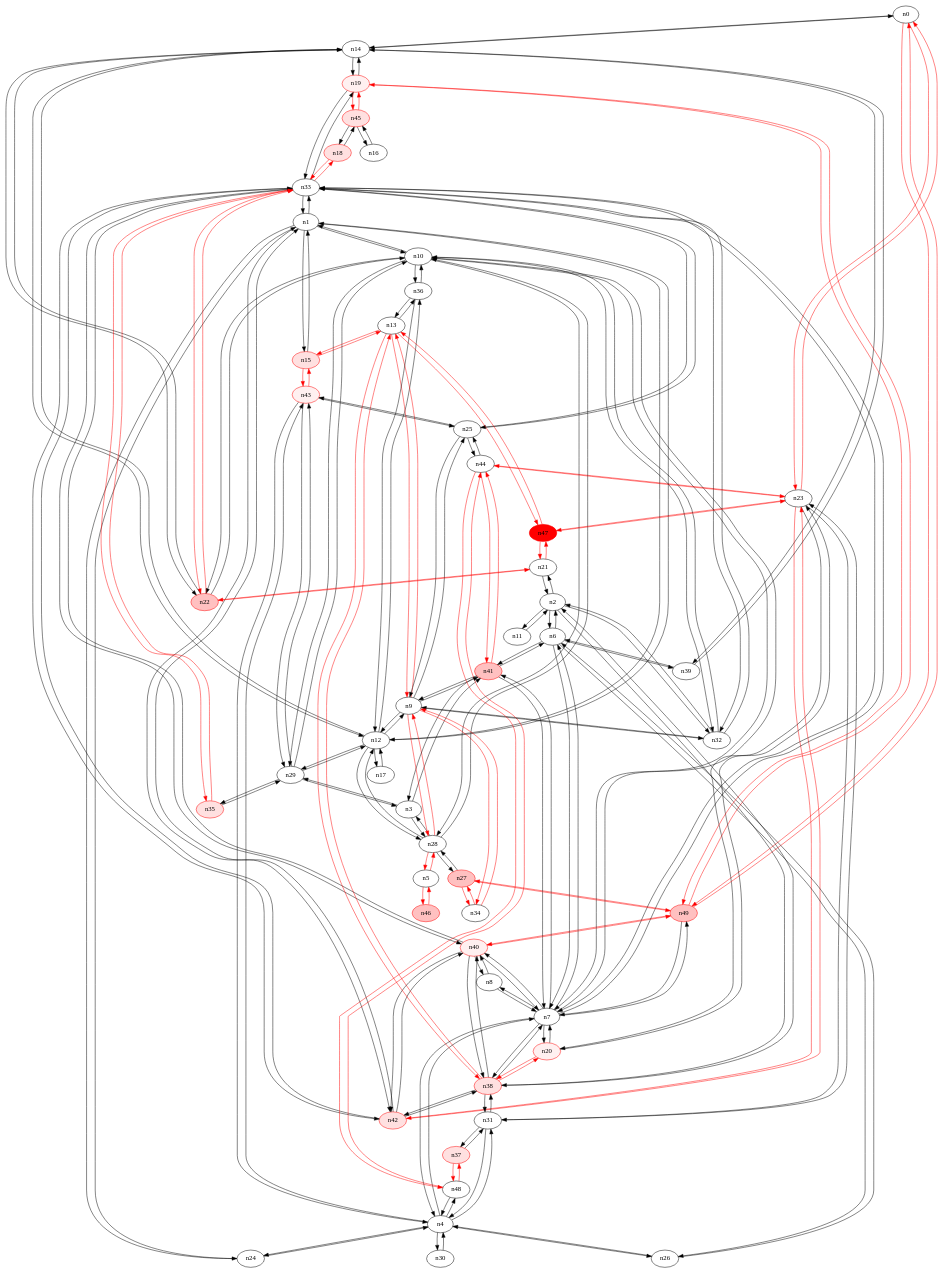
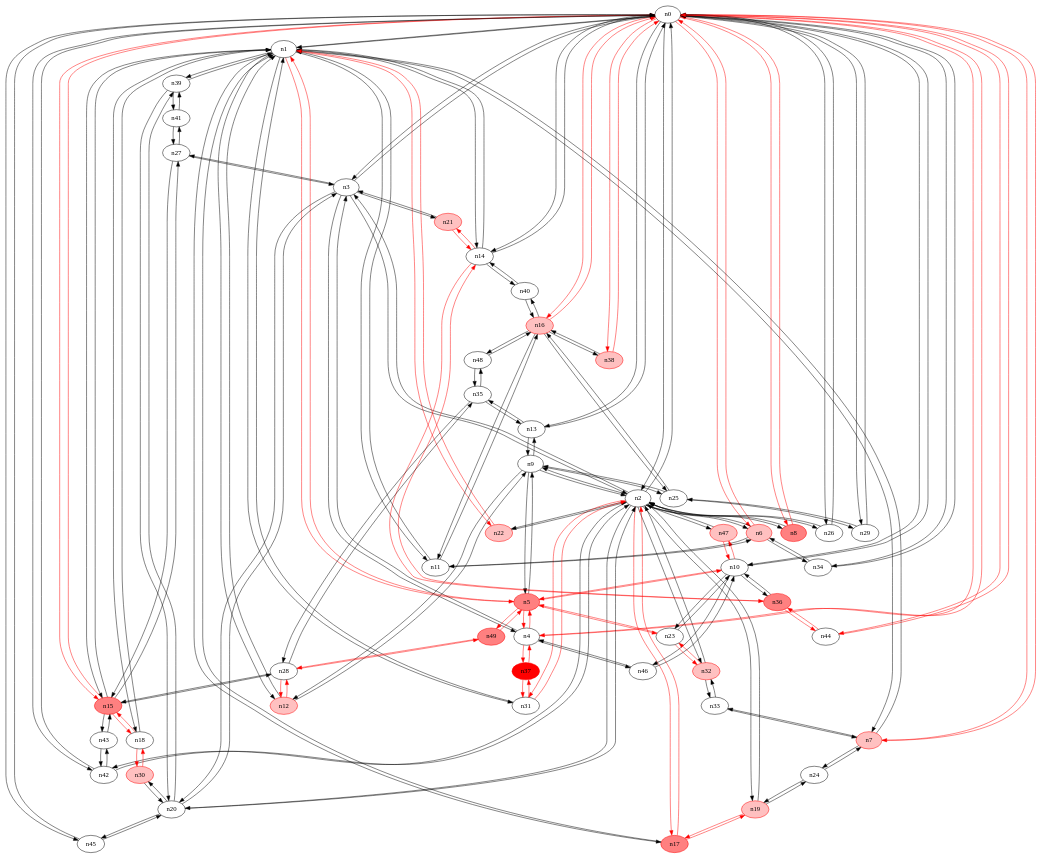
The diagram in 50_22/0-rrt1.dot (ireallyhopeirememberthis/yates_rrt), drawn with Graphviz before and after one commit. The commit also changed 7464 other files, not shown here.

```diff
--- a/50_22/0-rrt1.dot
+++ b/50_22/0-rrt1.dot
@@ -1,252 +1,244 @@
 strict digraph {
 n0 [type=switch];
+n1 [type=switch];
+n2 [type=switch];
+n3 [type=switch];
+n4 [type=switch];
+n6 [type=host, color="#FF0000", style=filled, fillcolor="#FFC0C0"];
+n7 [type=host, color="#FF0000", style=filled, fillcolor="#FFC0C0"];
+n8 [type=switch, color="#FF0000", style=filled, fillcolor="#FF8080"];
+n10 [type=switch];
+n13 [type=switch];
 n14 [type=switch];
+n15 [type=switch, color="#FF0000", style=filled, fillcolor="#FF8080"];
+n16 [type=host, color="#FF0000", style=filled, fillcolor="#FFC0C0"];
+n26 [type=switch];
+n29 [type=switch];
+n34 [type=switch];
+n38 [type=host, color="#FF0000", style=filled, fillcolor="#FFC0C0"];
+n42 [type=switch];
+n44 [type=switch];
+n45 [type=switch];
+n5 [type=switch, color="#FF0000", style=filled, fillcolor="#FF8080"];
+n11 [type=switch];
+n12 [type=host, color="#FF0000", style=filled, fillcolor="#FFC0C0"];
+n17 [type=switch, color="#FF0000", style=filled, fillcolor="#FF8080"];
+n18 [type=switch];
+n22 [type=host, color="#FF0000", style=filled, fillcolor="#FFC0C0"];
+n31 [type=switch];
+n39 [type=switch];
+n9 [type=switch];
+n19 [type=host, color="#FF0000", style=filled, fillcolor="#FFC0C0"];
+n20 [type=switch];
+n32 [type=host, color="#FF0000", style=filled, fillcolor="#FFC0C0"];
+n47 [type=host, color="#FF0000", style=filled, fillcolor="#FFC0C0"];
+n21 [type=host, color="#FF0000", style=filled, fillcolor="#FFC0C0"];
+n27 [type=switch];
+n37 [type=switch, color="#FF0000", style=filled, fillcolor="#FF0000"];
+n46 [type=switch];
 n23 [type=switch];
-n49 [type=switch, color="#FF0000", style=filled, fillcolor="#FFC0C0"];
-n1 [type=switch];
-n10 [type=switch];
-n12 [type=switch];
-n15 [type=switch, color="#FF0000", style=filled, fillcolor="#FFE0E0"];
+n49 [type=switch, color="#FF0000", style=filled, fillcolor="#FF8080"];
 n24 [type=switch];
 n33 [type=switch];
-n42 [type=host, color="#FF0000", style=filled, fillcolor="#FFE0E0"];
-n2 [type=switch];
-n6 [type=switch];
-n11 [type=switch];
-n21 [type=switch];
-n32 [type=switch];
-n38 [type=switch, color="#FF0000", style=filled, fillcolor="#FFE0E0"];
-n3 [type=switch];
+n25 [type=switch];
+n36 [type=switch, color="#FF0000", style=filled, fillcolor="#FF8080"];
 n28 [type=switch];
-n29 [type=switch];
-n41 [type=switch, color="#FF0000", style=filled, fillcolor="#FFC0C0"];
-n4 [type=switch];
-n7 [type=switch];
-n26 [type=switch];
-n30 [type=switch];
-n31 [type=switch];
-n43 [type=host, color="#FF0000", style=filled, fillcolor="#FFF0F0"];
+n35 [type=switch];
+n40 [type=switch];
+n43 [type=switch];
 n48 [type=switch];
-n5 [type=switch];
-n46 [type=host, color="#FF0000", style=filled, fillcolor="#FFC0C0"];
-n39 [type=switch];
-n8 [type=switch];
-n20 [type=host, color="#FF0000", style=filled, fillcolor="#FFF0F0"];
-n40 [type=host, color="#FF0000", style=filled, fillcolor="#FFF0F0"];
-n9 [type=switch];
-n13 [type=switch];
-n25 [type=switch];
-n34 [type=switch];
-n22 [type=switch, color="#FF0000", style=filled, fillcolor="#FFC0C0"];
-n36 [type=switch];
-n17 [type=switch];
-n47 [type=host, color="#FF0000", style=filled, fillcolor="#FF0000"];
-n19 [type=host, color="#FF0000", style=filled, fillcolor="#FFF0F0"];
-n16 [type=switch];
-n45 [type=host, color="#FF0000", style=filled, fillcolor="#FFE0E0"];
-n18 [type=host, color="#FF0000", style=filled, fillcolor="#FFE0E0"];
-n44 [type=switch];
-n27 [type=switch, color="#FF0000", style=filled, fillcolor="#FFC0C0"];
-n35 [type=host, color="#FF0000", style=filled, fillcolor="#FFE0E0"];
-n37 [type=host, color="#FF0000", style=filled, fillcolor="#FFE0E0"];
+n30 [type=host, color="#FF0000", style=filled, fillcolor="#FFC0C0"];
+n41 [type=switch];
+n0 -> n1 [src_port=0, dst_port=0];
+n0 -> n2 [src_port=0, dst_port=0];
+n0 -> n3 [src_port=0, dst_port=0];
+n0 -> n4 [src_port=0, dst_port=0, color="#FF0000"];
+n0 -> n6 [src_port=0, dst_port=0, color="#FF0000"];
+n0 -> n7 [src_port=0, dst_port=0, color="#FF0000"];
+n0 -> n8 [src_port=0, dst_port=0, color="#FF0000"];
+n0 -> n10 [src_port=0, dst_port=0];
+n0 -> n13 [src_port=0, dst_port=0];
 n0 -> n14 [src_port=0, dst_port=0];
-n0 -> n23 [src_port=0, dst_port=0, color="#FF0000"];
-n0 -> n49 [src_port=0, dst_port=0, color="#FF0000"];
+n0 -> n15 [src_port=0, dst_port=0, color="#FF0000"];
+n0 -> n16 [src_port=0, dst_port=0, color="#FF0000"];
+n0 -> n26 [src_port=0, dst_port=0];
+n0 -> n29 [src_port=0, dst_port=0];
+n0 -> n34 [src_port=0, dst_port=0];
+n0 -> n38 [src_port=0, dst_port=0, color="#FF0000"];
+n0 -> n42 [src_port=0, dst_port=0];
+n0 -> n44 [src_port=0, dst_port=0, color="#FF0000"];
+n0 -> n45 [src_port=0, dst_port=0];
+n1 -> n0 [src_port=0, dst_port=0];
+n1 -> n7 [src_port=0, dst_port=0];
+n1 -> n14 [src_port=0, dst_port=0];
+n1 -> n15 [src_port=0, dst_port=0];
+n1 -> n5 [src_port=0, dst_port=0, color="#FF0000"];
+n1 -> n11 [src_port=0, dst_port=0];
+n1 -> n12 [src_port=0, dst_port=0];
+n1 -> n17 [src_port=0, dst_port=0];
+n1 -> n18 [src_port=0, dst_port=0];
+n1 -> n22 [src_port=0, dst_port=0, color="#FF0000"];
+n1 -> n31 [src_port=0, dst_port=0];
+n1 -> n39 [src_port=0, dst_port=0];
+n2 -> n0 [src_port=0, dst_port=0];
+n2 -> n3 [src_port=0, dst_port=0];
+n2 -> n6 [src_port=0, dst_port=0];
+n2 -> n8 [src_port=0, dst_port=0];
+n2 -> n26 [src_port=0, dst_port=0];
+n2 -> n42 [src_port=0, dst_port=0];
+n2 -> n17 [src_port=0, dst_port=0, color="#FF0000"];
+n2 -> n22 [src_port=0, dst_port=0];
+n2 -> n31 [src_port=0, dst_port=0, color="#FF0000"];
+n2 -> n9 [src_port=0, dst_port=0];
+n2 -> n19 [src_port=0, dst_port=0];
+n2 -> n20 [src_port=0, dst_port=0];
+n2 -> n32 [src_port=0, dst_port=0];
+n2 -> n47 [src_port=0, dst_port=0];
+n3 -> n0 [src_port=0, dst_port=0];
+n3 -> n2 [src_port=0, dst_port=0];
+n3 -> n4 [src_port=0, dst_port=0];
+n3 -> n20 [src_port=0, dst_port=0];
+n3 -> n21 [src_port=0, dst_port=0];
+n3 -> n27 [src_port=0, dst_port=0];
+n4 -> n0 [src_port=0, dst_port=0, color="#FF0000"];
+n4 -> n3 [src_port=0, dst_port=0];
+n4 -> n5 [src_port=0, dst_port=0, color="#FF0000"];
+n4 -> n37 [src_port=0, dst_port=0, color="#FF0000"];
+n4 -> n46 [src_port=0, dst_port=0];
+n6 -> n0 [src_port=0, dst_port=0, color="#FF0000"];
+n6 -> n2 [src_port=0, dst_port=0];
+n6 -> n34 [src_port=0, dst_port=0];
+n6 -> n11 [src_port=0, dst_port=0];
+n7 -> n0 [src_port=0, dst_port=0, color="#FF0000"];
+n7 -> n1 [src_port=0, dst_port=0];
+n7 -> n24 [src_port=0, dst_port=0];
+n7 -> n33 [src_port=0, dst_port=0];
+n8 -> n0 [src_port=0, dst_port=0, color="#FF0000"];
+n8 -> n2 [src_port=0, dst_port=0];
+n10 -> n0 [src_port=0, dst_port=0];
+n10 -> n5 [src_port=0, dst_port=0, color="#FF0000"];
+n10 -> n47 [src_port=0, dst_port=0, color="#FF0000"];
+n10 -> n46 [src_port=0, dst_port=0];
+n10 -> n23 [src_port=0, dst_port=0];
+n10 -> n36 [src_port=0, dst_port=0];
+n13 -> n0 [src_port=0, dst_port=0];
+n13 -> n9 [src_port=0, dst_port=0];
+n13 -> n35 [src_port=0, dst_port=0];
 n14 -> n0 [src_port=0, dst_port=0];
-n14 -> n12 [src_port=0, dst_port=0];
-n14 -> n39 [src_port=0, dst_port=0];
-n14 -> n22 [src_port=0, dst_port=0];
-n14 -> n19 [src_port=0, dst_port=0];
-n23 -> n0 [src_port=0, dst_port=0, color="#FF0000"];
-n23 -> n42 [src_port=0, dst_port=0, color="#FF0000"];
-n23 -> n31 [src_port=0, dst_port=0];
-n23 -> n20 [src_port=0, dst_port=0];
-n23 -> n47 [src_port=0, dst_port=0, color="#FF0000"];
-n23 -> n44 [src_port=0, dst_port=0, color="#FF0000"];
-n49 -> n0 [src_port=0, dst_port=0, color="#FF0000"];
-n49 -> n7 [src_port=0, dst_port=0];
-n49 -> n40 [src_port=0, dst_port=0, color="#FF0000"];
-n49 -> n19 [src_port=0, dst_port=0, color="#FF0000"];
-n49 -> n27 [src_port=0, dst_port=0, color="#FF0000"];
-n1 -> n10 [src_port=0, dst_port=0];
-n1 -> n12 [src_port=0, dst_port=0];
-n1 -> n15 [src_port=0, dst_port=0];
-n1 -> n24 [src_port=0, dst_port=0];
-n1 -> n33 [src_port=0, dst_port=0];
-n1 -> n42 [src_port=0, dst_port=0];
-n10 -> n1 [src_port=0, dst_port=0];
-n10 -> n32 [src_port=0, dst_port=0];
-n10 -> n28 [src_port=0, dst_port=0];
-n10 -> n29 [src_port=0, dst_port=0];
-n10 -> n7 [src_port=0, dst_port=0];
-n10 -> n22 [src_port=0, dst_port=0];
-n10 -> n36 [src_port=0, dst_port=0];
-n12 -> n14 [src_port=0, dst_port=0];
+n14 -> n1 [src_port=0, dst_port=0];
+n14 -> n21 [src_port=0, dst_port=0, color="#FF0000"];
+n14 -> n36 [src_port=0, dst_port=0, color="#FF0000"];
+n14 -> n40 [src_port=0, dst_port=0];
+n15 -> n0 [src_port=0, dst_port=0, color="#FF0000"];
+n15 -> n1 [src_port=0, dst_port=0];
+n15 -> n18 [src_port=0, dst_port=0, color="#FF0000"];
+n15 -> n27 [src_port=0, dst_port=0];
+n15 -> n28 [src_port=0, dst_port=0];
+n15 -> n43 [src_port=0, dst_port=0];
+n16 -> n0 [src_port=0, dst_port=0, color="#FF0000"];
+n16 -> n38 [src_port=0, dst_port=0];
+n16 -> n11 [src_port=0, dst_port=0];
+n16 -> n25 [src_port=0, dst_port=0];
+n16 -> n40 [src_port=0, dst_port=0];
+n16 -> n48 [src_port=0, dst_port=0];
+n26 -> n0 [src_port=0, dst_port=0];
+n26 -> n2 [src_port=0, dst_port=0];
+n29 -> n0 [src_port=0, dst_port=0];
+n29 -> n25 [src_port=0, dst_port=0];
+n34 -> n0 [src_port=0, dst_port=0];
+n34 -> n6 [src_port=0, dst_port=0];
+n38 -> n0 [src_port=0, dst_port=0, color="#FF0000"];
+n38 -> n16 [src_port=0, dst_port=0];
+n42 -> n0 [src_port=0, dst_port=0];
+n42 -> n2 [src_port=0, dst_port=0];
+n42 -> n43 [src_port=0, dst_port=0];
+n44 -> n0 [src_port=0, dst_port=0, color="#FF0000"];
+n44 -> n36 [src_port=0, dst_port=0, color="#FF0000"];
+n45 -> n0 [src_port=0, dst_port=0];
+n45 -> n20 [src_port=0, dst_port=0];
+n5 -> n1 [src_port=0, dst_port=0, color="#FF0000"];
+n5 -> n4 [src_port=0, dst_port=0, color="#FF0000"];
+n5 -> n10 [src_port=0, dst_port=0, color="#FF0000"];
+n5 -> n9 [src_port=0, dst_port=0];
+n5 -> n23 [src_port=0, dst_port=0, color="#FF0000"];
+n5 -> n49 [src_port=0, dst_port=0, color="#FF0000"];
+n11 -> n1 [src_port=0, dst_port=0];
+n11 -> n6 [src_port=0, dst_port=0];
+n11 -> n16 [src_port=0, dst_port=0];
 n12 -> n1 [src_port=0, dst_port=0];
-n12 -> n28 [src_port=0, dst_port=0];
-n12 -> n29 [src_port=0, dst_port=0];
 n12 -> n9 [src_port=0, dst_port=0];
-n12 -> n36 [src_port=0, dst_port=0];
-n12 -> n17 [src_port=0, dst_port=0];
-n15 -> n1 [src_port=0, dst_port=0];
-n15 -> n43 [src_port=0, dst_port=0, color="#FF0000"];
-n15 -> n13 [src_port=0, dst_port=0, color="#FF0000"];
-n24 -> n1 [src_port=0, dst_port=0];
-n24 -> n4 [src_port=0, dst_port=0];
-n33 -> n1 [src_port=0, dst_port=0];
-n33 -> n42 [src_port=0, dst_port=0];
+n12 -> n28 [src_port=0, dst_port=0, color="#FF0000"];
+n17 -> n1 [src_port=0, dst_port=0];
+n17 -> n2 [src_port=0, dst_port=0, color="#FF0000"];
+n17 -> n19 [src_port=0, dst_port=0, color="#FF0000"];
+n18 -> n1 [src_port=0, dst_port=0];
+n18 -> n15 [src_port=0, dst_port=0, color="#FF0000"];
+n18 -> n30 [src_port=0, dst_port=0, color="#FF0000"];
+n22 -> n1 [src_port=0, dst_port=0, color="#FF0000"];
+n22 -> n2 [src_port=0, dst_port=0];
+n31 -> n1 [src_port=0, dst_port=0];
+n31 -> n2 [src_port=0, dst_port=0, color="#FF0000"];
+n31 -> n37 [src_port=0, dst_port=0, color="#FF0000"];
+n39 -> n1 [src_port=0, dst_port=0];
+n39 -> n20 [src_port=0, dst_port=0];
+n39 -> n41 [src_port=0, dst_port=0];
+n9 -> n2 [src_port=0, dst_port=0];
+n9 -> n13 [src_port=0, dst_port=0];
+n9 -> n5 [src_port=0, dst_port=0];
+n9 -> n12 [src_port=0, dst_port=0];
+n9 -> n25 [src_port=0, dst_port=0];
+n19 -> n2 [src_port=0, dst_port=0];
+n19 -> n17 [src_port=0, dst_port=0, color="#FF0000"];
+n19 -> n24 [src_port=0, dst_port=0];
+n20 -> n2 [src_port=0, dst_port=0];
+n20 -> n3 [src_port=0, dst_port=0];
+n20 -> n45 [src_port=0, dst_port=0];
+n20 -> n39 [src_port=0, dst_port=0];
+n20 -> n30 [src_port=0, dst_port=0];
+n32 -> n2 [src_port=0, dst_port=0];
+n32 -> n23 [src_port=0, dst_port=0, color="#FF0000"];
+n32 -> n33 [src_port=0, dst_port=0];
+n47 -> n2 [src_port=0, dst_port=0];
+n47 -> n10 [src_port=0, dst_port=0, color="#FF0000"];
+n21 -> n3 [src_port=0, dst_port=0];
+n21 -> n14 [src_port=0, dst_port=0, color="#FF0000"];
+n27 -> n3 [src_port=0, dst_port=0];
+n27 -> n15 [src_port=0, dst_port=0];
+n27 -> n41 [src_port=0, dst_port=0];
+n37 -> n4 [src_port=0, dst_port=0, color="#FF0000"];
+n37 -> n31 [src_port=0, dst_port=0, color="#FF0000"];
+n46 -> n4 [src_port=0, dst_port=0];
+n46 -> n10 [src_port=0, dst_port=0];
+n23 -> n10 [src_port=0, dst_port=0];
+n23 -> n5 [src_port=0, dst_port=0, color="#FF0000"];
+n23 -> n32 [src_port=0, dst_port=0, color="#FF0000"];
+n49 -> n5 [src_port=0, dst_port=0, color="#FF0000"];
+n49 -> n28 [src_port=0, dst_port=0, color="#FF0000"];
+n24 -> n7 [src_port=0, dst_port=0];
+n24 -> n19 [src_port=0, dst_port=0];
+n33 -> n7 [src_port=0, dst_port=0];
 n33 -> n32 [src_port=0, dst_port=0];
-n33 -> n7 [src_port=0, dst_port=0];
-n33 -> n40 [src_port=0, dst_port=0];
-n33 -> n25 [src_port=0, dst_port=0];
-n33 -> n22 [src_port=0, dst_port=0, color="#FF0000"];
-n33 -> n19 [src_port=0, dst_port=0];
-n33 -> n18 [src_port=0, dst_port=0, color="#FF0000"];
-n33 -> n35 [src_port=0, dst_port=0, color="#FF0000"];
-n42 -> n23 [src_port=0, dst_port=0, color="#FF0000"];
-n42 -> n1 [src_port=0, dst_port=0];
-n42 -> n33 [src_port=0, dst_port=0];
-n42 -> n38 [src_port=0, dst_port=0];
-n42 -> n40 [src_port=0, dst_port=0];
-n2 -> n6 [src_port=0, dst_port=0];
-n2 -> n11 [src_port=0, dst_port=0];
-n2 -> n21 [src_port=0, dst_port=0];
-n2 -> n32 [src_port=0, dst_port=0];
-n2 -> n38 [src_port=0, dst_port=0];
-n6 -> n2 [src_port=0, dst_port=0];
-n6 -> n41 [src_port=0, dst_port=0];
-n6 -> n7 [src_port=0, dst_port=0];
-n6 -> n26 [src_port=0, dst_port=0];
-n6 -> n39 [src_port=0, dst_port=0];
-n11 -> n2 [src_port=0, dst_port=0];
-n21 -> n2 [src_port=0, dst_port=0];
-n21 -> n22 [src_port=0, dst_port=0, color="#FF0000"];
-n21 -> n47 [src_port=0, dst_port=0, color="#FF0000"];
-n32 -> n10 [src_port=0, dst_port=0];
-n32 -> n33 [src_port=0, dst_port=0];
-n32 -> n2 [src_port=0, dst_port=0];
-n32 -> n9 [src_port=0, dst_port=0];
-n38 -> n42 [src_port=0, dst_port=0];
-n38 -> n2 [src_port=0, dst_port=0];
-n38 -> n7 [src_port=0, dst_port=0];
-n38 -> n31 [src_port=0, dst_port=0];
-n38 -> n20 [src_port=0, dst_port=0, color="#FF0000"];
-n38 -> n40 [src_port=0, dst_port=0];
-n38 -> n13 [src_port=0, dst_port=0, color="#FF0000"];
-n3 -> n28 [src_port=0, dst_port=0];
-n3 -> n29 [src_port=0, dst_port=0];
-n3 -> n41 [src_port=0, dst_port=0];
-n28 -> n10 [src_port=0, dst_port=0];
-n28 -> n12 [src_port=0, dst_port=0];
-n28 -> n3 [src_port=0, dst_port=0];
-n28 -> n5 [src_port=0, dst_port=0, color="#FF0000"];
-n28 -> n9 [src_port=0, dst_port=0, color="#FF0000"];
-n28 -> n27 [src_port=0, dst_port=0];
-n29 -> n10 [src_port=0, dst_port=0];
-n29 -> n12 [src_port=0, dst_port=0];
-n29 -> n3 [src_port=0, dst_port=0];
-n29 -> n43 [src_port=0, dst_port=0];
-n29 -> n35 [src_port=0, dst_port=0];
-n41 -> n6 [src_port=0, dst_port=0];
-n41 -> n3 [src_port=0, dst_port=0];
-n41 -> n7 [src_port=0, dst_port=0];
-n41 -> n9 [src_port=0, dst_port=0];
-n41 -> n44 [src_port=0, dst_port=0, color="#FF0000"];
-n4 -> n24 [src_port=0, dst_port=0];
-n4 -> n7 [src_port=0, dst_port=0];
-n4 -> n26 [src_port=0, dst_port=0];
-n4 -> n30 [src_port=0, dst_port=0];
-n4 -> n31 [src_port=0, dst_port=0];
-n4 -> n43 [src_port=0, dst_port=0];
-n4 -> n48 [src_port=0, dst_port=0];
-n7 -> n49 [src_port=0, dst_port=0];
-n7 -> n10 [src_port=0, dst_port=0];
-n7 -> n33 [src_port=0, dst_port=0];
-n7 -> n6 [src_port=0, dst_port=0];
-n7 -> n38 [src_port=0, dst_port=0];
-n7 -> n41 [src_port=0, dst_port=0];
-n7 -> n4 [src_port=0, dst_port=0];
-n7 -> n8 [src_port=0, dst_port=0];
-n7 -> n20 [src_port=0, dst_port=0];
-n7 -> n40 [src_port=0, dst_port=0];
-n26 -> n6 [src_port=0, dst_port=0];
-n26 -> n4 [src_port=0, dst_port=0];
-n30 -> n4 [src_port=0, dst_port=0];
-n31 -> n23 [src_port=0, dst_port=0];
-n31 -> n38 [src_port=0, dst_port=0];
-n31 -> n4 [src_port=0, dst_port=0];
-n31 -> n37 [src_port=0, dst_port=0];
-n43 -> n15 [src_port=0, dst_port=0, color="#FF0000"];
-n43 -> n29 [src_port=0, dst_port=0];
-n43 -> n4 [src_port=0, dst_port=0];
-n43 -> n25 [src_port=0, dst_port=0];
-n48 -> n4 [src_port=0, dst_port=0];
-n48 -> n44 [src_port=0, dst_port=0, color="#FF0000"];
-n48 -> n37 [src_port=0, dst_port=0, color="#FF0000"];
-n5 -> n28 [src_port=0, dst_port=0, color="#FF0000"];
-n5 -> n46 [src_port=0, dst_port=0, color="#FF0000"];
-n46 -> n5 [src_port=0, dst_port=0, color="#FF0000"];
-n39 -> n14 [src_port=0, dst_port=0];
-n39 -> n6 [src_port=0, dst_port=0];
-n8 -> n7 [src_port=0, dst_port=0];
-n8 -> n40 [src_port=0, dst_port=0];
-n20 -> n23 [src_port=0, dst_port=0];
-n20 -> n38 [src_port=0, dst_port=0, color="#FF0000"];
-n20 -> n7 [src_port=0, dst_port=0];
-n40 -> n49 [src_port=0, dst_port=0, color="#FF0000"];
-n40 -> n33 [src_port=0, dst_port=0];
-n40 -> n42 [src_port=0, dst_port=0];
-n40 -> n38 [src_port=0, dst_port=0];
-n40 -> n7 [src_port=0, dst_port=0];
-n40 -> n8 [src_port=0, dst_port=0];
-n9 -> n12 [src_port=0, dst_port=0];
-n9 -> n32 [src_port=0, dst_port=0];
-n9 -> n28 [src_port=0, dst_port=0, color="#FF0000"];
-n9 -> n41 [src_port=0, dst_port=0];
-n9 -> n13 [src_port=0, dst_port=0, color="#FF0000"];
-n9 -> n25 [src_port=0, dst_port=0];
-n9 -> n34 [src_port=0, dst_port=0, color="#FF0000"];
-n13 -> n15 [src_port=0, dst_port=0, color="#FF0000"];
-n13 -> n38 [src_port=0, dst_port=0, color="#FF0000"];
-n13 -> n9 [src_port=0, dst_port=0, color="#FF0000"];
-n13 -> n36 [src_port=0, dst_port=0];
-n13 -> n47 [src_port=0, dst_port=0, color="#FF0000"];
-n25 -> n33 [src_port=0, dst_port=0];
-n25 -> n43 [src_port=0, dst_port=0];
+n25 -> n16 [src_port=0, dst_port=0];
+n25 -> n29 [src_port=0, dst_port=0];
 n25 -> n9 [src_port=0, dst_port=0];
-n25 -> n44 [src_port=0, dst_port=0];
-n34 -> n9 [src_port=0, dst_port=0, color="#FF0000"];
-n34 -> n27 [src_port=0, dst_port=0, color="#FF0000"];
-n22 -> n14 [src_port=0, dst_port=0];
-n22 -> n10 [src_port=0, dst_port=0];
-n22 -> n33 [src_port=0, dst_port=0, color="#FF0000"];
-n22 -> n21 [src_port=0, dst_port=0, color="#FF0000"];
 n36 -> n10 [src_port=0, dst_port=0];
-n36 -> n12 [src_port=0, dst_port=0];
-n36 -> n13 [src_port=0, dst_port=0];
-n17 -> n12 [src_port=0, dst_port=0];
-n47 -> n23 [src_port=0, dst_port=0, color="#FF0000"];
-n47 -> n21 [src_port=0, dst_port=0, color="#FF0000"];
-n47 -> n13 [src_port=0, dst_port=0, color="#FF0000"];
-n19 -> n14 [src_port=0, dst_port=0];
-n19 -> n49 [src_port=0, dst_port=0, color="#FF0000"];
-n19 -> n33 [src_port=0, dst_port=0];
-n19 -> n45 [src_port=0, dst_port=0, color="#FF0000"];
-n16 -> n45 [src_port=0, dst_port=0];
-n45 -> n19 [src_port=0, dst_port=0, color="#FF0000"];
-n45 -> n16 [src_port=0, dst_port=0];
-n45 -> n18 [src_port=0, dst_port=0];
-n18 -> n33 [src_port=0, dst_port=0, color="#FF0000"];
-n18 -> n45 [src_port=0, dst_port=0];
-n44 -> n23 [src_port=0, dst_port=0, color="#FF0000"];
-n44 -> n41 [src_port=0, dst_port=0, color="#FF0000"];
-n44 -> n48 [src_port=0, dst_port=0, color="#FF0000"];
-n44 -> n25 [src_port=0, dst_port=0];
-n27 -> n49 [src_port=0, dst_port=0, color="#FF0000"];
-n27 -> n28 [src_port=0, dst_port=0];
-n27 -> n34 [src_port=0, dst_port=0, color="#FF0000"];
-n35 -> n33 [src_port=0, dst_port=0, color="#FF0000"];
-n35 -> n29 [src_port=0, dst_port=0];
-n37 -> n31 [src_port=0, dst_port=0];
-n37 -> n48 [src_port=0, dst_port=0, color="#FF0000"];
+n36 -> n14 [src_port=0, dst_port=0, color="#FF0000"];
+n36 -> n44 [src_port=0, dst_port=0, color="#FF0000"];
+n28 -> n15 [src_port=0, dst_port=0];
+n28 -> n12 [src_port=0, dst_port=0, color="#FF0000"];
+n28 -> n49 [src_port=0, dst_port=0, color="#FF0000"];
+n28 -> n35 [src_port=0, dst_port=0];
+n35 -> n13 [src_port=0, dst_port=0];
+n35 -> n28 [src_port=0, dst_port=0];
+n35 -> n48 [src_port=0, dst_port=0];
+n40 -> n14 [src_port=0, dst_port=0];
+n40 -> n16 [src_port=0, dst_port=0];
+n43 -> n15 [src_port=0, dst_port=0];
+n43 -> n42 [src_port=0, dst_port=0];
+n48 -> n16 [src_port=0, dst_port=0];
+n48 -> n35 [src_port=0, dst_port=0];
+n30 -> n18 [src_port=0, dst_port=0, color="#FF0000"];
+n30 -> n20 [src_port=0, dst_port=0];
+n41 -> n39 [src_port=0, dst_port=0];
+n41 -> n27 [src_port=0, dst_port=0];
 }
```
